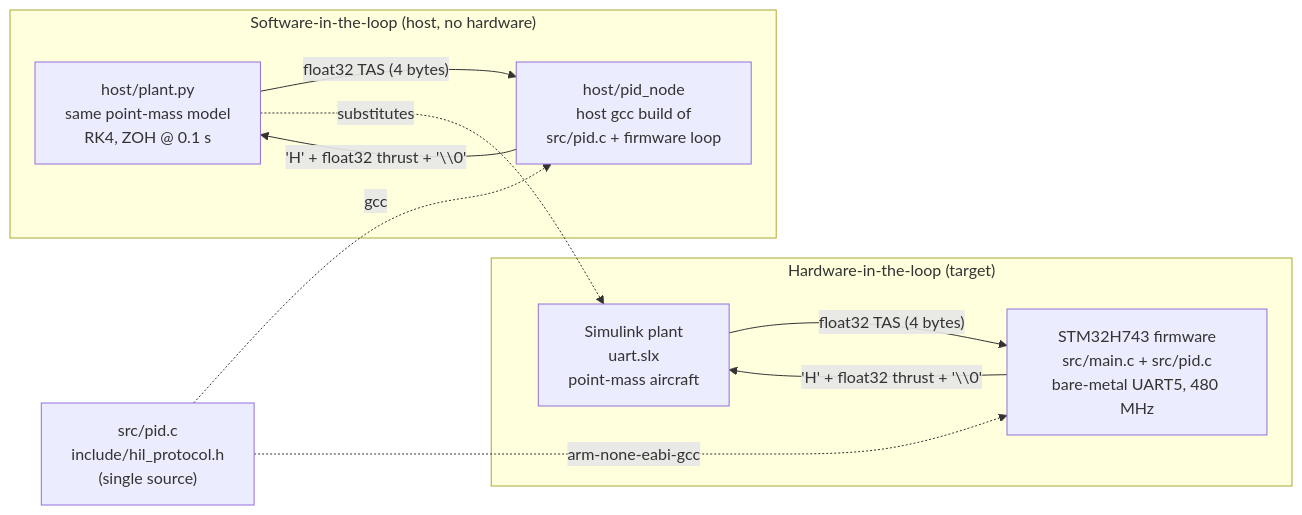
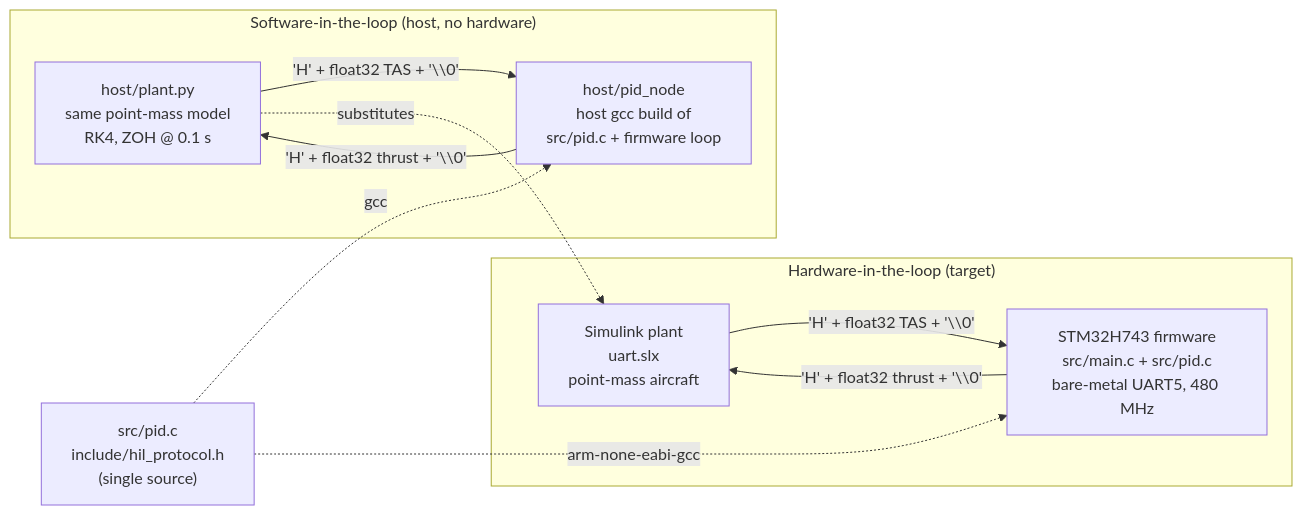
Before and after one commit to COG-GTM/bare-metal-stm32h743-HIL: the diagram in docs/software_hil.md, drawn with Mermaid. The commit also changed other lines of this file, not shown here.

````diff
--- a/docs/software_hil.md
+++ b/docs/software_hil.md
@@ -17,21 +18,21 @@
 ```mermaid
 flowchart LR
     subgraph HW["Hardware-in-the-loop (target)"]
         SIM["Simulink plant<br/>uart.slx<br/>point-mass aircraft"]
         FW["STM32H743 firmware<br/>src/main.c + src/pid.c<br/>bare-metal UART5, 480 MHz"]
-        SIM -- "float32 TAS (4 bytes)" --> FW
+        SIM -- "'H' + float32 TAS + '\\0'" --> FW
         FW -- "'H' + float32 thrust + '\\0'" --> SIM
     end
 
     subgraph SW["Software-in-the-loop (host, no hardware)"]
         PY["host/plant.py<br/>same point-mass model<br/>RK4, ZOH @ 0.1 s"]
         NODE["host/pid_node<br/>host gcc build of<br/>src/pid.c + firmware loop"]
-        PY -- "float32 TAS (4 bytes)" --> NODE
+        PY -- "'H' + float32 TAS + '\\0'" --> NODE
         NODE -- "'H' + float32 thrust + '\\0'" --> PY
     end
 
     PID["src/pid.c<br/>include/hil_protocol.h<br/>(single source)"]
     PID -. "arm-none-eabi-gcc" .-> FW
     PID -. "gcc" .-> NODE
     PY -. "substitutes" .-> SIM
 ```
````
